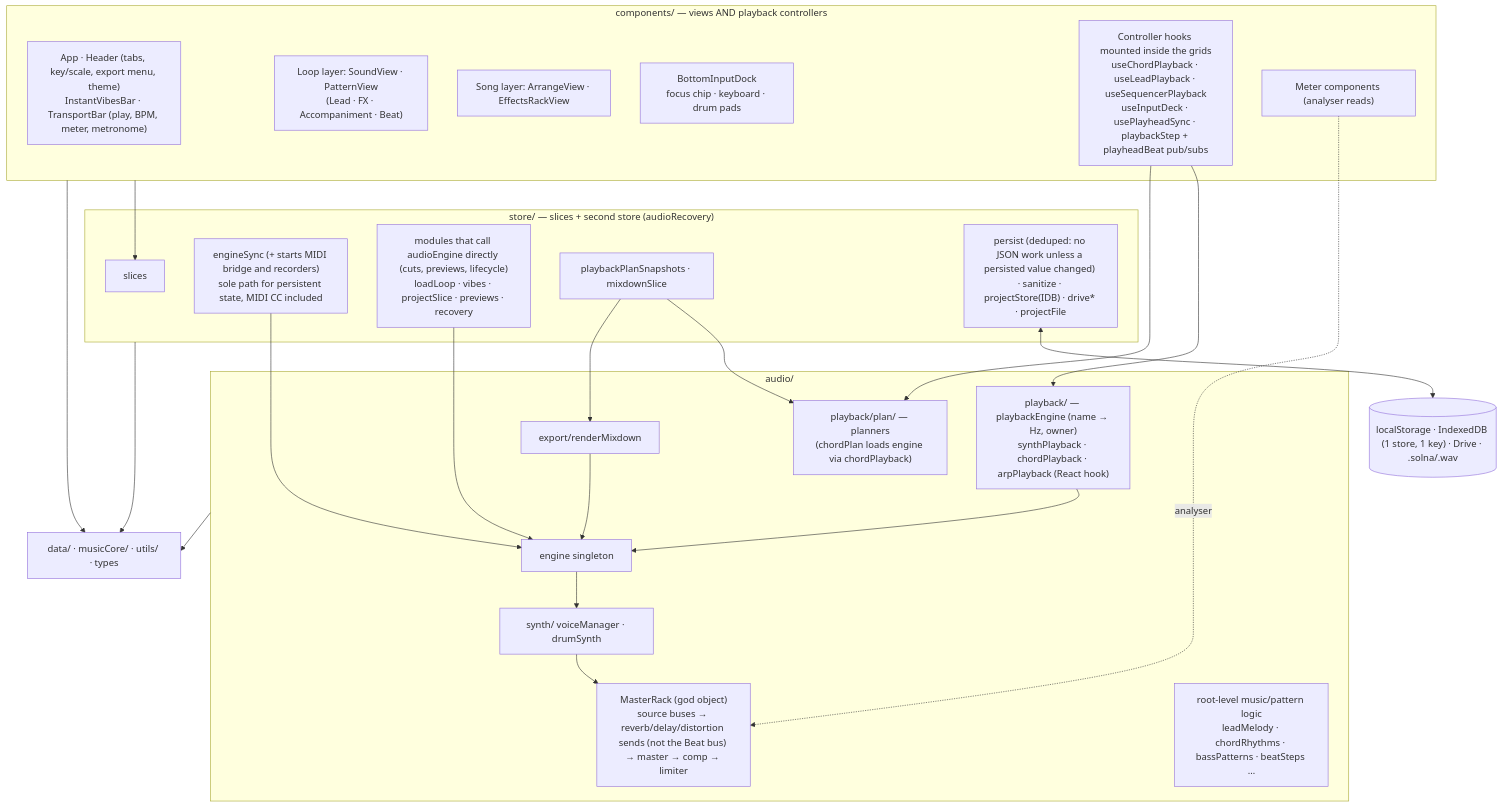
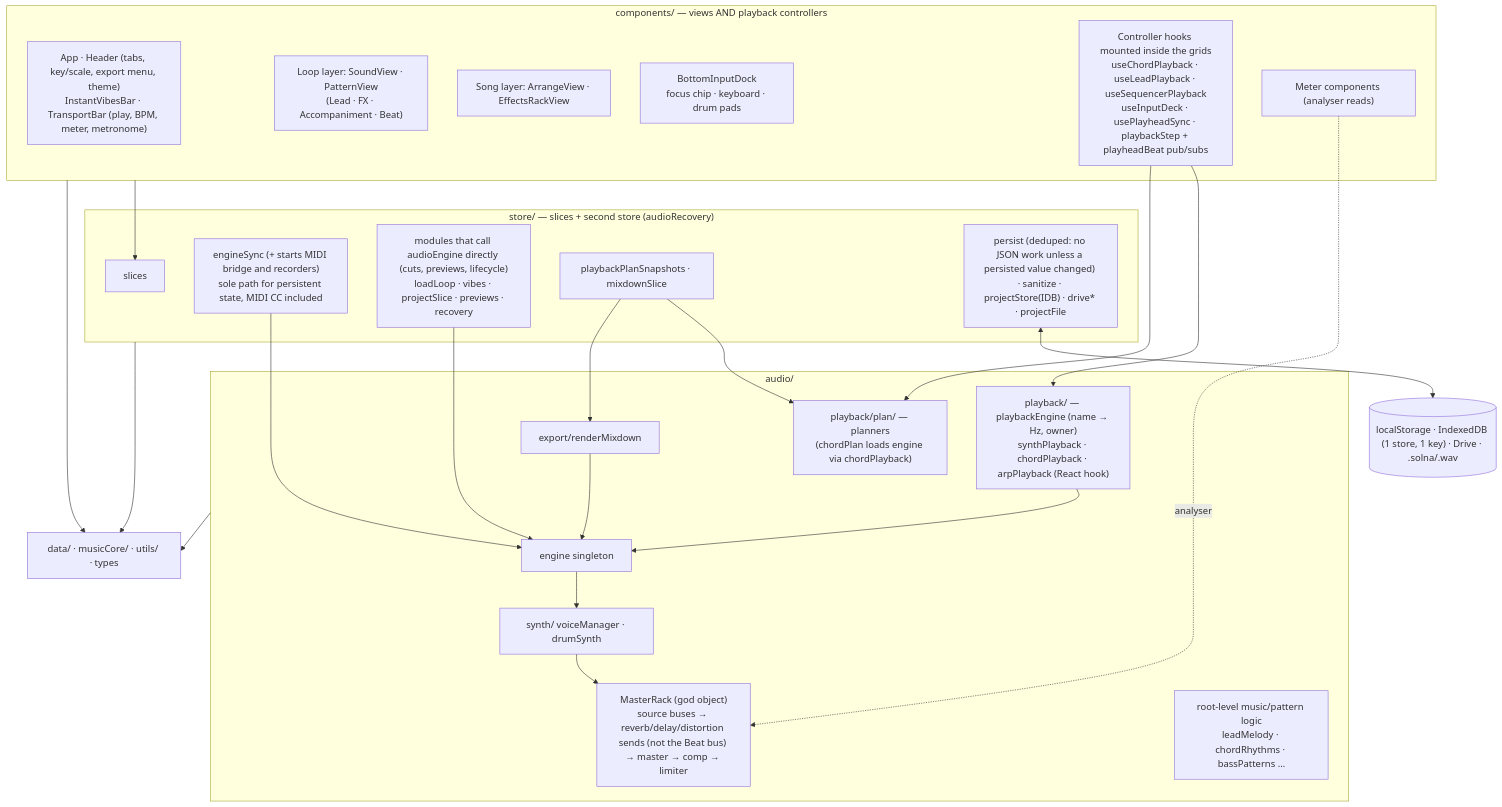
The diagram in docs/architecture/structure/README.md (themiddnight/solna), drawn with Mermaid before and after one commit. The commit also changed other lines of this file and 12 other files, not shown here.

First line of the commit message:
docs: ADR-0034 song event timeline, playback rules R287-R290 (DEV-420)

````diff
--- a/docs/architecture/structure/README.md
+++ b/docs/architecture/structure/README.md
@@ -30,46 +30,46 @@
 ```mermaid
 flowchart TB
   subgraph Views["components/ — views AND playback controllers"]
     Shell["App · Header (tabs, key/scale, export menu, theme)<br/>InstantVibesBar · TransportBar (play, BPM, meter, metronome)"]
     LoopViews["Loop layer: SoundView · PatternView<br/>(Lead · FX · Accompaniment · Beat)"]
     SongViews["Song layer: ArrangeView · EffectsRackView"]
     Dock["BottomInputDock<br/>focus chip · keyboard · drum pads"]
     Ctrls["Controller hooks mounted inside the grids<br/>useChordPlayback · useLeadPlayback · useSequencerPlayback<br/>useInputDeck · usePlayheadSync · playbackStep + playheadBeat pub/subs"]
     Meters["Meter components (analyser reads)"]
   end
 
   subgraph Store["store/ — slices + second store (audioRecovery)"]
     Slices["slices"]
     EngineSync["engineSync (+ starts MIDI bridge and recorders)<br/>sole path for persistent state, MIDI CC included"]
     Direct["modules that call audioEngine directly (cuts, previews, lifecycle)<br/>loadLoop · vibes · projectSlice · previews · recovery"]
     Snap["playbackPlanSnapshots · mixdownSlice"]
     PersistIO["persist (deduped: no JSON work unless a persisted value changed) · sanitize · projectStore(IDB) · drive* · projectFile"]
   end
 
   subgraph Audio["audio/"]
     PB["playback/ — playbackEngine (name → Hz, owner)<br/>synthPlayback · chordPlayback · arpPlayback (React hook)"]
     Plan["playback/plan/ — planners<br/>(chordPlan loads engine via chordPlayback)"]
     Eng["engine singleton"]
     Rack["MasterRack (god object)<br/>source buses → reverb/delay/distortion sends (not the Beat bus) → master → comp → limiter"]
     Voices["synth/ voiceManager · drumSynth"]
-    Logic["root-level music/pattern logic<br/>leadMelody · chordRhythms · bassPatterns · beatSteps …"]
+    Logic["root-level music/pattern logic<br/>leadMelody · chordRhythms · bassPatterns …"]
     Exp["export/renderMixdown"]
   end
 
   Domain["data/ · musicCore/ · utils/ · types"]
   Storage[("localStorage · IndexedDB (1 store, 1 key) · Drive · .solna/.wav")]
 
   Views --> Slices
   Ctrls --> PB --> Eng
   Ctrls --> Plan
   Snap --> Plan
   Meters -. analyser .-> Rack
   EngineSync --> Eng
   Direct --> Eng
   Eng --> Voices --> Rack
   Snap --> Exp --> Eng
   PersistIO <--> Storage
   Store --> Domain
   Audio --> Domain
   Views --> Domain
 ```
````
